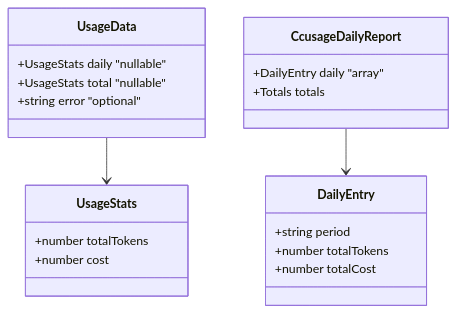
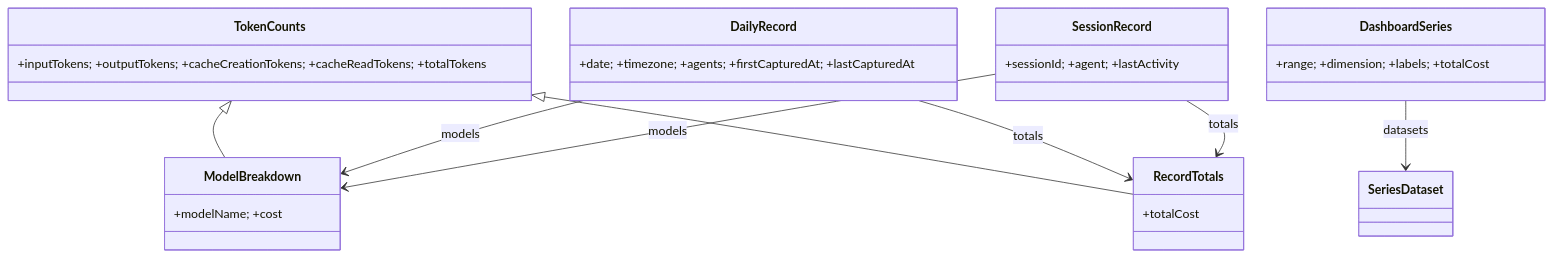
Before and after one commit to tangentlin/burnbar: the diagram in docs/modules/types.md, drawn with Mermaid. The commit also changed other lines of this file and 60 other files, not shown here.

First line of the commit message:
feat: durable usage archive + dashboard (#21)

````diff
--- a/docs/modules/types.md
+++ b/docs/modules/types.md
@@ -27,23 +34,16 @@
 ```mermaid
 classDiagram
-    class UsageStats {
-        +number totalTokens
-        +number cost
-    }
-    class UsageData {
-        +UsageStats daily "nullable"
-        +UsageStats total "nullable"
-        +string error "optional"
-    }
-    class CcusageDailyReport {
-        +DailyEntry daily "array"
-        +Totals totals
-    }
-    class DailyEntry {
-        +string period
-        +number totalTokens
-        +number totalCost
-    }
-    UsageData --> UsageStats
-    CcusageDailyReport --> DailyEntry
+    class TokenCounts { +inputTokens; +outputTokens; +cacheCreationTokens; +cacheReadTokens; +totalTokens }
+    class ModelBreakdown { +modelName; +cost }
+    class RecordTotals { +totalCost }
+    class DailyRecord { +date; +timezone; +agents; +firstCapturedAt; +lastCapturedAt }
+    class SessionRecord { +sessionId; +agent; +lastActivity }
+    class DashboardSeries { +range; +dimension; +labels; +totalCost }
+    TokenCounts <|-- ModelBreakdown
+    TokenCounts <|-- RecordTotals
+    DailyRecord --> RecordTotals : totals
+    DailyRecord --> ModelBreakdown : models
+    SessionRecord --> RecordTotals : totals
+    SessionRecord --> ModelBreakdown : models
+    DashboardSeries --> SeriesDataset : datasets
 ```
````
